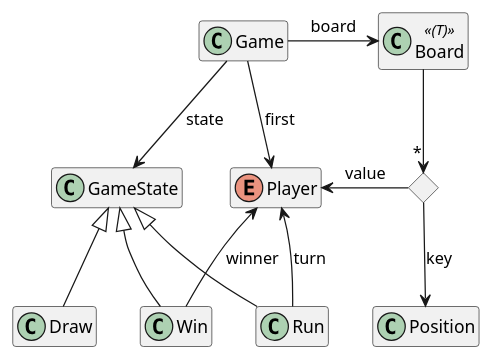
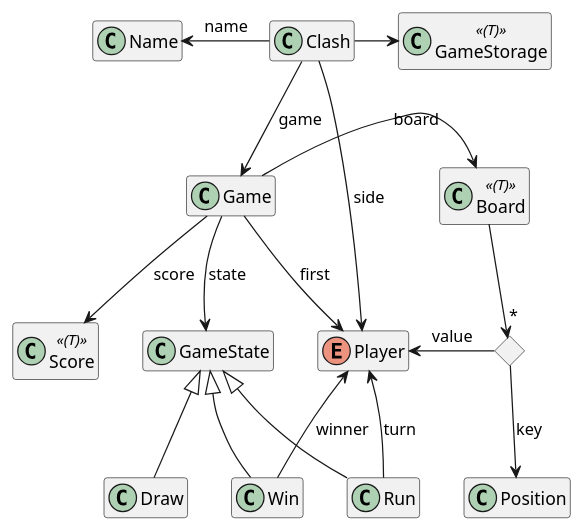
One commit to isel-leic-tds/2526i.33d changed the diagram in Galo/src/ModelTypes.puml. Above: the diagram before and after it, drawn with PlantUML. The commit also changed 6 other files, not shown here.

```diff
--- a/Galo/src/ModelTypes.puml
+++ b/Galo/src/ModelTypes.puml
@@ -1,24 +1,38 @@
 @startuml
 'https://plantuml.com/class-diagram
 
 hide empty members
 
 enum Player
 class Game
 class Board <<(T)>>
 class Position
 
 Game -> Board : board
 Game --> Player : first
 <> MapEntry
 Board --> "*" MapEntry
 MapEntry --> Position : key
 Player <- MapEntry : value
 
 Game --> GameState : state
 GameState <|-- Run
 Run -up-> Player : turn
 GameState <|-- Draw
 GameState <|-- Win
 Win -up-> Player : winner
+
+class Score <<(T)>>
+Game --> Score : score
+Score -[hidden] GameState
+
+
+
+
+'Clash <|-- ClashRun
+Clash --> Game : game
+Name <- Clash : name
+Clash -> Player : side
+Clash -> GameStorage
+class GameStorage <<(T)>>
 @enduml
```
